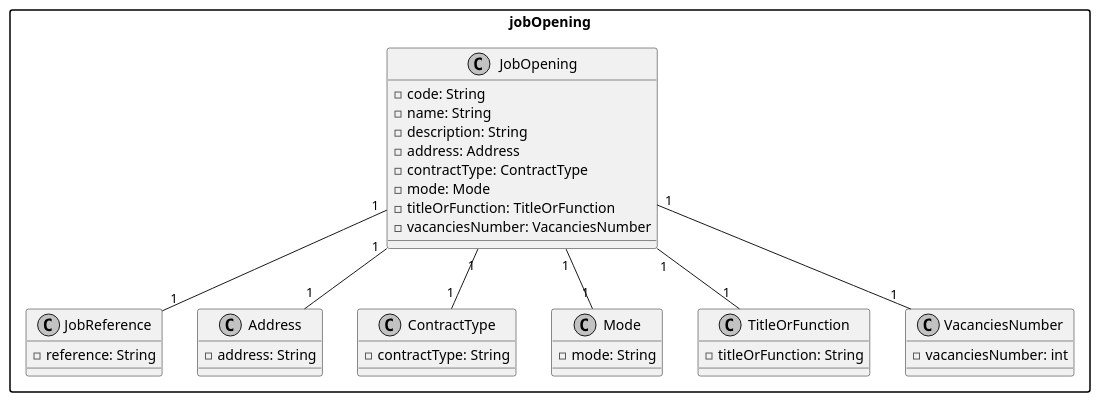
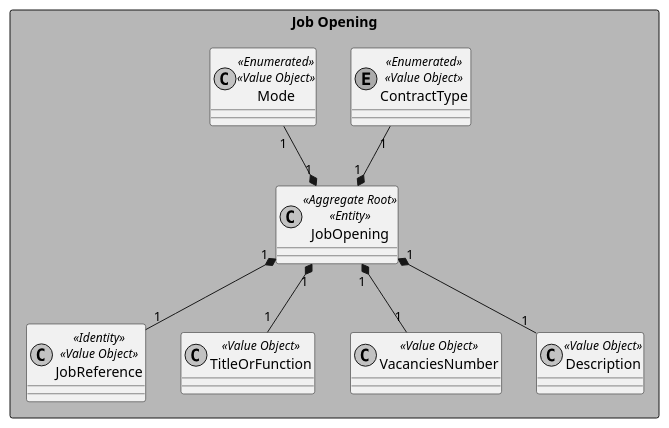
Before and after one commit to marcoferreira37/Lapr4: the diagram in docs/sprintB/1002/1002-domain-model.puml, drawn with PlantUML. The commit also changed 1 other file, not shown here.

```diff
--- a/docs/sprintB/1002/1002-domain-model.puml
+++ b/docs/sprintB/1002/1002-domain-model.puml
@@ -1,51 +1,37 @@
 @startuml
 skinparam monochrome true
 skinparam packageStyle rectangle
 skinparam shadowing false
 
-' Classes e Atributos
-package jobOpening {
-    class JobOpening {
-        - code: String
-        - name: String
-        - description: String
-        - address: Address
-        - contractType: ContractType
-        - mode: Mode
-        - titleOrFunction: TitleOrFunction
-        - vacanciesNumber: VacanciesNumber
-    }
 
-    class JobReference {
-        - reference: String
-    }
+rectangle "Job Opening" #abbacc {
 
-    class Address {
-        - address: String
-    }
+    class JobOpening<<Aggregate Root>><<Entity>>{}
 
-    class ContractType {
-        - contractType: String
-    }
+    class JobReference<<Identity>><<Value Object>>{}
 
-    class Mode {
-        - mode: String
-    }
+    class TitleOrFunction<<Value Object>>{}
 
-    class TitleOrFunction {
-        - titleOrFunction: String
-    }
+    enum ContractType<<Enumerated>><<Value Object>>{}
 
-    class VacanciesNumber {
-        - vacanciesNumber: int
-    }
+    class Mode<<Enumerated>><<Value Object>>{}
+
+
+    class VacanciesNumber<<Value Object>>{}
+
+    class Description<<Value Object>>{}
+
+    ''Maybe go to Interview Model
+
 }
 
-' Relacionamentos
-JobOpening "1" -- "1" JobReference
-JobOpening "1" -- "1" Address
-JobOpening "1" -- "1" ContractType
-JobOpening "1" -- "1" Mode
-JobOpening "1" -- "1" TitleOrFunction
-JobOpening "1" -- "1" VacanciesNumber
+
+
+JobReference "1" -up-* "1" JobOpening
+TitleOrFunction "1" -up-* "1" JobOpening
+ContractType "1" --* "1" JobOpening
+Mode "1" --* "1" JobOpening
+Description "1" -up-* "1" JobOpening
+VacanciesNumber "1" -up-* "1" JobOpening
+
 @enduml
```
